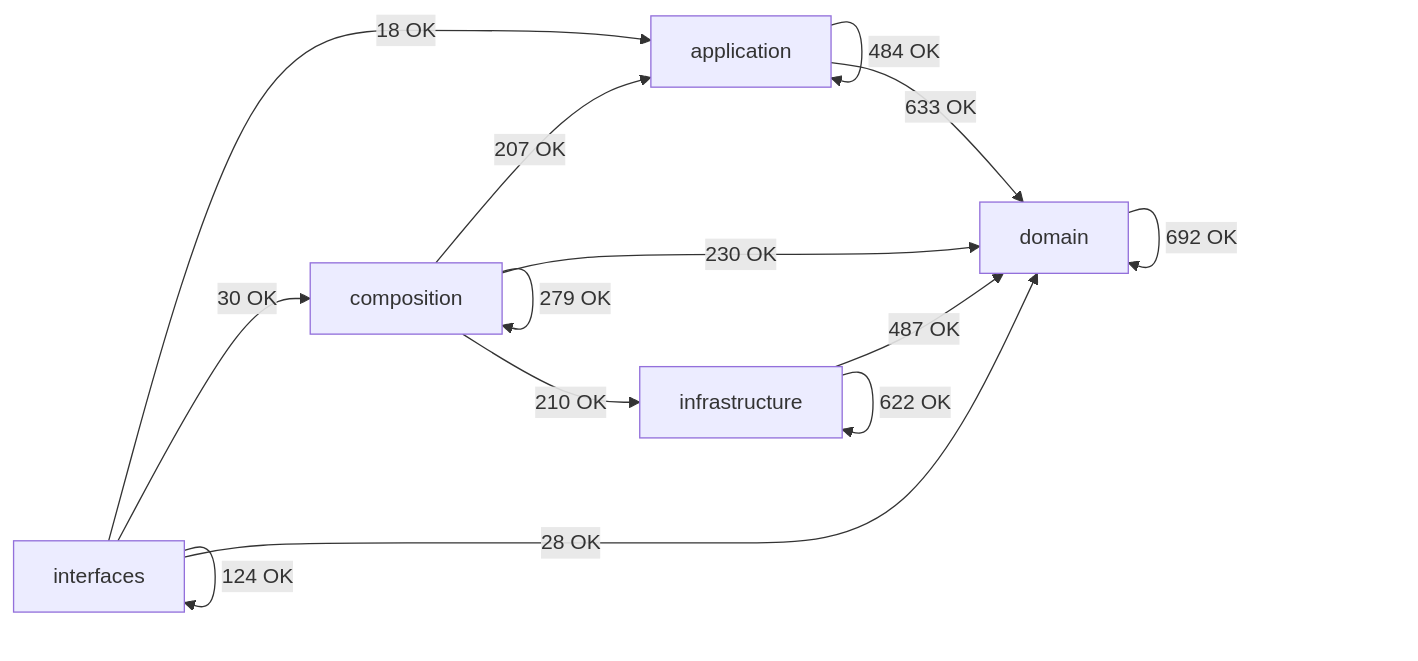
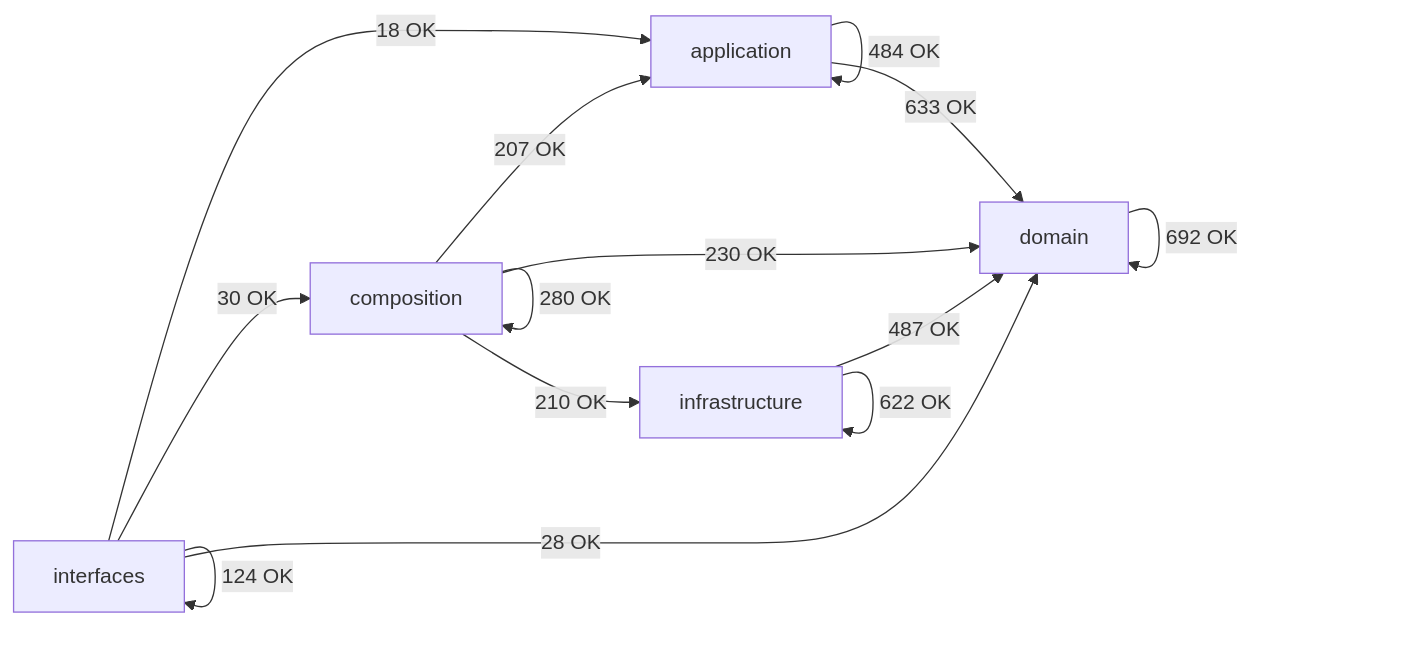
Before and after one commit to SatoryKono/BioactivityDataAcquisition: the diagram in docs/02-architecture/generated/module-dependency-map.md, drawn with Mermaid. The commit also changed other lines of this file and 81 other files, not shown here.

````diff
--- a/docs/02-architecture/generated/module-dependency-map.md
+++ b/docs/02-architecture/generated/module-dependency-map.md
@@ -16,21 +16,21 @@
 ```mermaid
 flowchart LR
     domain[domain]
     application[application]
     infrastructure[infrastructure]
     composition[composition]
     interfaces[interfaces]
     application -->|484 OK| application
     application -->|633 OK| domain
     composition -->|207 OK| application
-    composition -->|279 OK| composition
+    composition -->|280 OK| composition
     composition -->|230 OK| domain
     composition -->|210 OK| infrastructure
     domain -->|692 OK| domain
     infrastructure -->|487 OK| domain
     infrastructure -->|622 OK| infrastructure
     interfaces -->|18 OK| application
     interfaces -->|30 OK| composition
     interfaces -->|28 OK| domain
     interfaces -->|124 OK| interfaces
 ```
````
